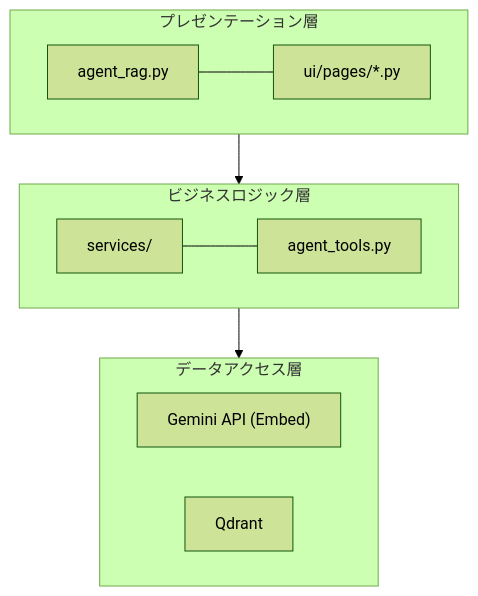
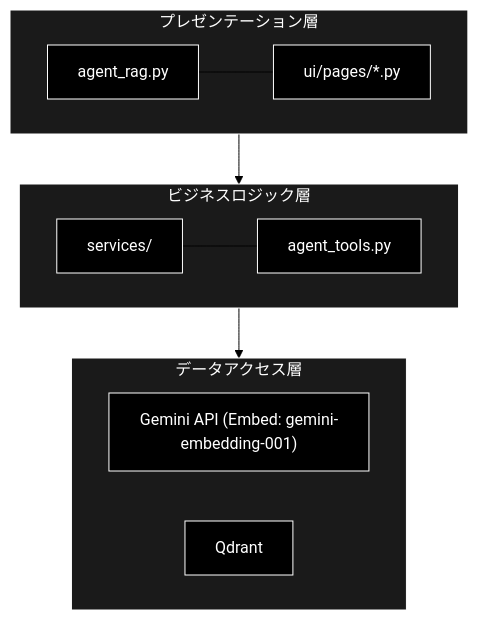
The first of 10 diagrams in readme_react_reflection.md (nakashima2toshio/anthropic_grace_agent), drawn with Mermaid (forest theme) before and after one commit. The commit also changed other lines of this file and 11 other files, not shown here.

````diff
--- a/readme_react_reflection.md
+++ b/readme_react_reflection.md
@@ -141,22 +138,28 @@
 ```mermaid
 graph TD
     subgraph Presentation [プレゼンテーション層]
         Entry["agent_rag.py"]
         Pages["ui/pages/*.py"]
         Entry --- Pages
     end
 
     subgraph BusinessLogic [ビジネスロジック層]
         Services["services/"]
         Tools["agent_tools.py"]
         Services --- Tools
     end
 
     subgraph DataAccess [データアクセス層]
-        API["Gemini API (Embed)"]
+        API["Gemini API (Embed: gemini-embedding-001)"]
         DB["Qdrant"]
     end
 
     Presentation --> BusinessLogic
     BusinessLogic --> DataAccess
+classDef default fill:#000,stroke:#fff,color:#fff
+classDef subgraphStyle fill:#1a1a1a,stroke:#fff,color:#fff
+class API,DB,Entry,Pages,Services,Tools default
+style Presentation fill:#1a1a1a,stroke:#fff,color:#fff
+style BusinessLogic fill:#1a1a1a,stroke:#fff,color:#fff
+style DataAccess fill:#1a1a1a,stroke:#fff,color:#fff
 ```
````
